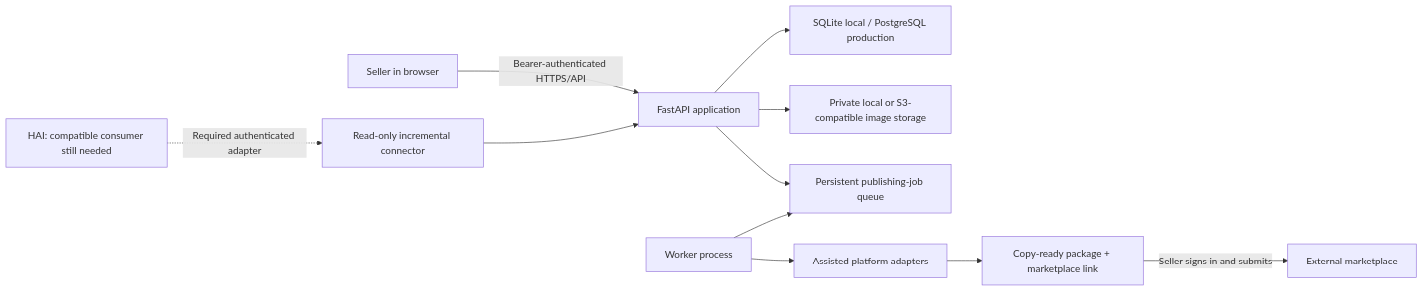
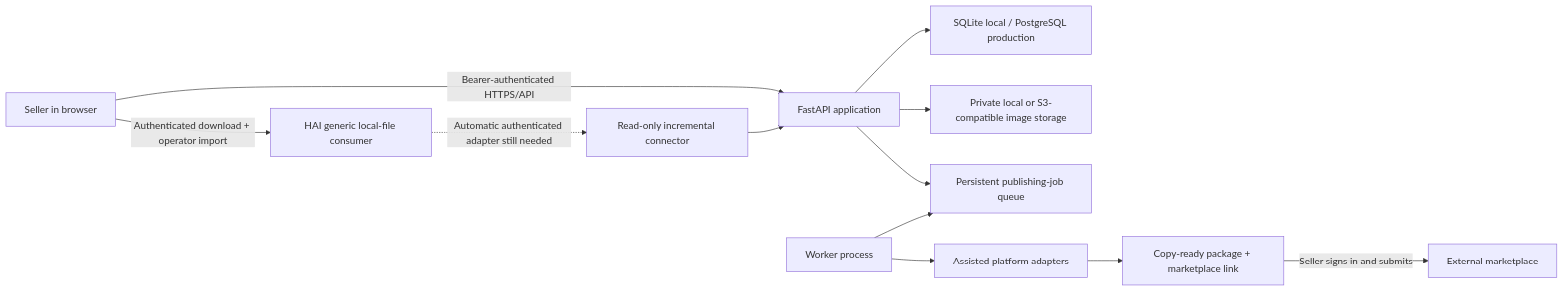
The diagram in README.md (Robert-Velhorst/023-Secondhand-platforms-autoposter), drawn with Mermaid before and after one commit. The commit also changed other lines of this file and 11 other files, not shown here.

Commit message:
feat: add verified manual HAI generic feed download

````diff
--- a/README.md
+++ b/README.md
@@ -330,13 +336,14 @@
 ```mermaid
 flowchart LR
     U["Seller in browser"] -->|"Bearer-authenticated HTTPS/API"| A["FastAPI application"]
     A --> DB["SQLite local / PostgreSQL production"]
     A --> FS["Private local or S3-compatible image storage"]
     A --> Q["Persistent publishing-job queue"]
     W["Worker process"] --> Q
     W --> P["Assisted platform adapters"]
     P --> M["Copy-ready package + marketplace link"]
     M -->|"Seller signs in and submits"| X["External marketplace"]
-    H["HAI: compatible consumer still needed"] -.->|"Required authenticated adapter"| R["Read-only incremental connector"]
+    U -->|"Authenticated download + operator import"| H["HAI generic local-file consumer"]
+    H -.->|"Automatic authenticated adapter still needed"| R["Read-only incremental connector"]
     R --> A
 ```
````
